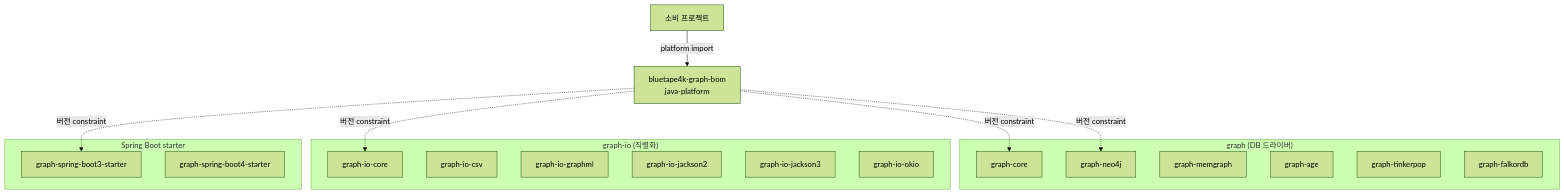
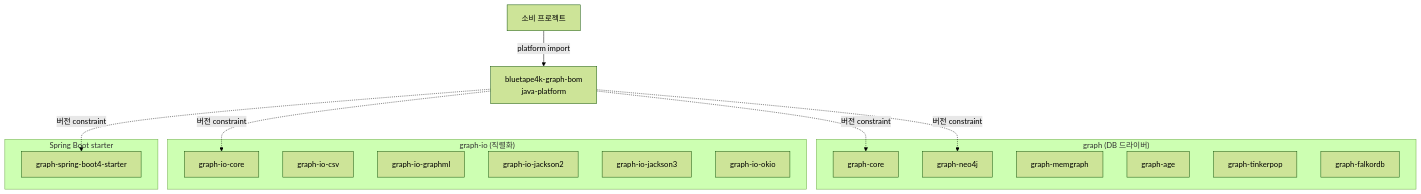
Before and after one commit to bluetape4k/bluetape4k-graph: the diagram in bom/README.ko.md, drawn with Mermaid (forest theme). The commit also changed other lines of this file and 48 other files, not shown here.

First line of the commit message:
Remove Spring Boot 3 support from graph

````diff
--- a/bom/README.ko.md
+++ b/bom/README.ko.md
@@ -10,34 +10,33 @@
 ```mermaid
 graph TB
     Consumer[소비 프로젝트]
     BOM[bluetape4k-graph-bom<br/>java-platform]
 
     subgraph "graph (DB 드라이버)"
       Core[graph-core]
       Neo4j[graph-neo4j]
       Memgraph[graph-memgraph]
       Age[graph-age]
       Tinker[graph-tinkerpop]
       Falkor[graph-falkordb]
     end
 
     subgraph "graph-io (직렬화)"
       IoCore[graph-io-core]
       Csv[graph-io-csv]
       GraphML[graph-io-graphml]
       Jackson2[graph-io-jackson2]
       Jackson3[graph-io-jackson3]
       Okio[graph-io-okio]
     end
 
     subgraph "Spring Boot starter"
-      SB3[graph-spring-boot3-starter]
       SB4[graph-spring-boot4-starter]
     end
 
     Consumer -->|platform import| BOM
     BOM -.->|버전 constraint| Core
     BOM -.->|버전 constraint| Neo4j
     BOM -.->|버전 constraint| IoCore
-    BOM -.->|버전 constraint| SB3
+    BOM -.->|버전 constraint| SB4
 ```
````
